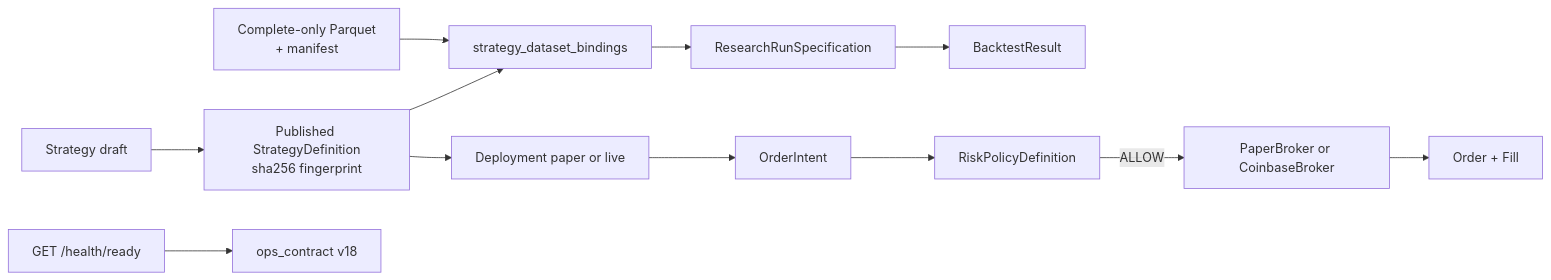
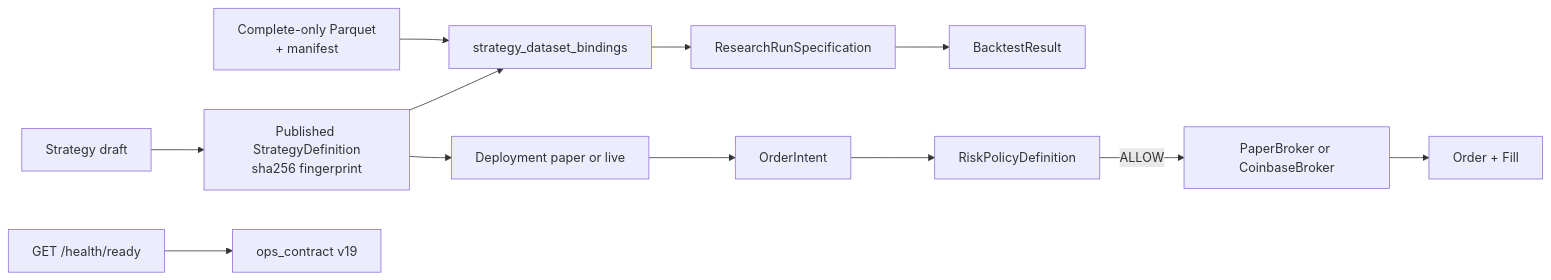
The diagram in docs/architecture/contracts/README.md (Zoltesh/thytrader), drawn with Mermaid before and after one commit. The commit also changed 49 other files, not shown here.

````diff
--- a/docs/architecture/contracts/README.md
+++ b/docs/architecture/contracts/README.md
@@ -20,14 +20,14 @@
 ```mermaid
 flowchart LR
   Draft["Strategy draft"] --> Published["Published StrategyDefinition\nsha256 fingerprint"]
   Dataset["Complete-only Parquet\n+ manifest"] --> Binding["strategy_dataset_bindings"]
   Published --> Binding
   Binding --> RunSpec["ResearchRunSpecification"]
   RunSpec --> Result["BacktestResult"]
   Published --> Deploy["Deployment paper or live"]
   Deploy --> Intent["OrderIntent"]
   Intent --> Risk["RiskPolicyDefinition"]
   Risk -->|ALLOW| Broker["PaperBroker or CoinbaseBroker"]
   Broker --> Order["Order + Fill"]
-  Health["GET /health/ready"] --> Ops["ops_contract v18"]
+  Health["GET /health/ready"] --> Ops["ops_contract v19"]
 ```
````
